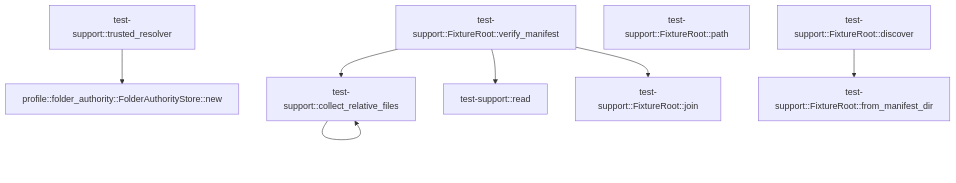
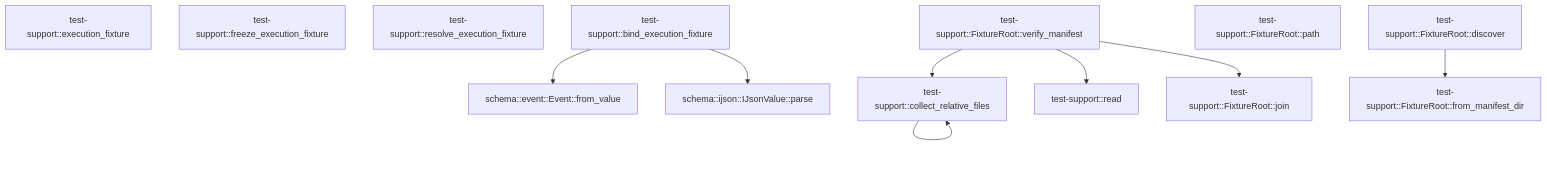
Before and after one commit to TekesApps/TekesKernel: the diagram in crates/test-support/docs/generated/src--lib.md, drawn with Mermaid. The commit also changed other lines of this file and 278 other files, not shown here.

````diff
--- a/crates/test-support/docs/generated/src--lib.md
+++ b/crates/test-support/docs/generated/src--lib.md
@@ -53,18 +55,23 @@
 ```mermaid
 flowchart TD
-  n0["profile::folder_authority::FolderAuthorityStore::new"]
-  n1["test-support::collect_relative_files"]
-  n2["test-support::read"]
-  n3["test-support::trusted_resolver"]
-  n4["test-support::FixtureRoot::discover"]
-  n5["test-support::FixtureRoot::from_manifest_dir"]
-  n6["test-support::FixtureRoot::path"]
-  n7["test-support::FixtureRoot::join"]
-  n8["test-support::FixtureRoot::verify_manifest"]
-  n1 --> n1
-  n3 --> n0
-  n4 --> n5
-  n8 --> n1
-  n8 --> n2
-  n8 --> n7
+  n0["schema::event::Event::from_value"]
+  n1["schema::ijson::IJsonValue::parse"]
+  n2["test-support::collect_relative_files"]
+  n3["test-support::read"]
+  n4["test-support::execution_fixture"]
+  n5["test-support::freeze_execution_fixture"]
+  n6["test-support::resolve_execution_fixture"]
+  n7["test-support::bind_execution_fixture"]
+  n8["test-support::FixtureRoot::discover"]
+  n9["test-support::FixtureRoot::from_manifest_dir"]
+  n10["test-support::FixtureRoot::path"]
+  n11["test-support::FixtureRoot::join"]
+  n12["test-support::FixtureRoot::verify_manifest"]
+  n2 --> n2
+  n7 --> n0
+  n7 --> n1
+  n8 --> n9
+  n12 --> n2
+  n12 --> n3
+  n12 --> n11
 ```
````
